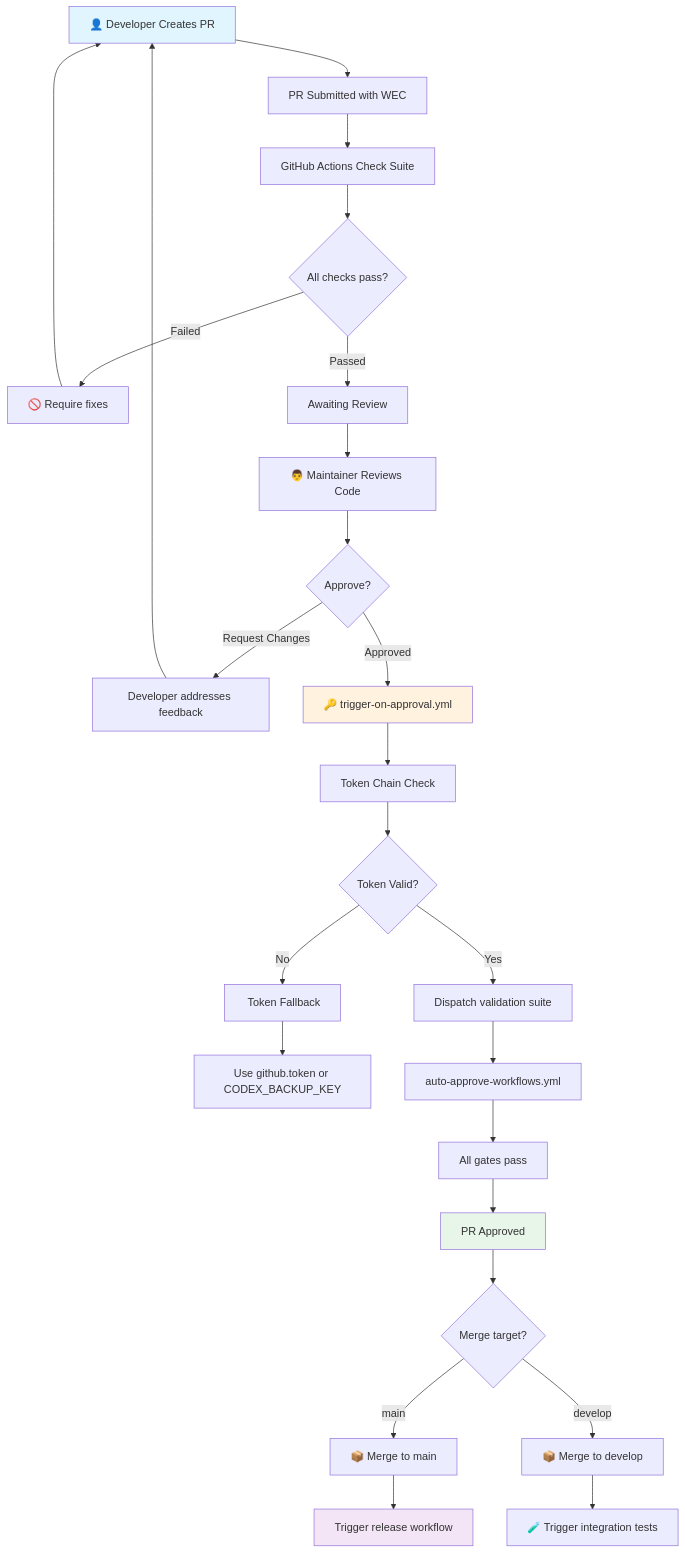
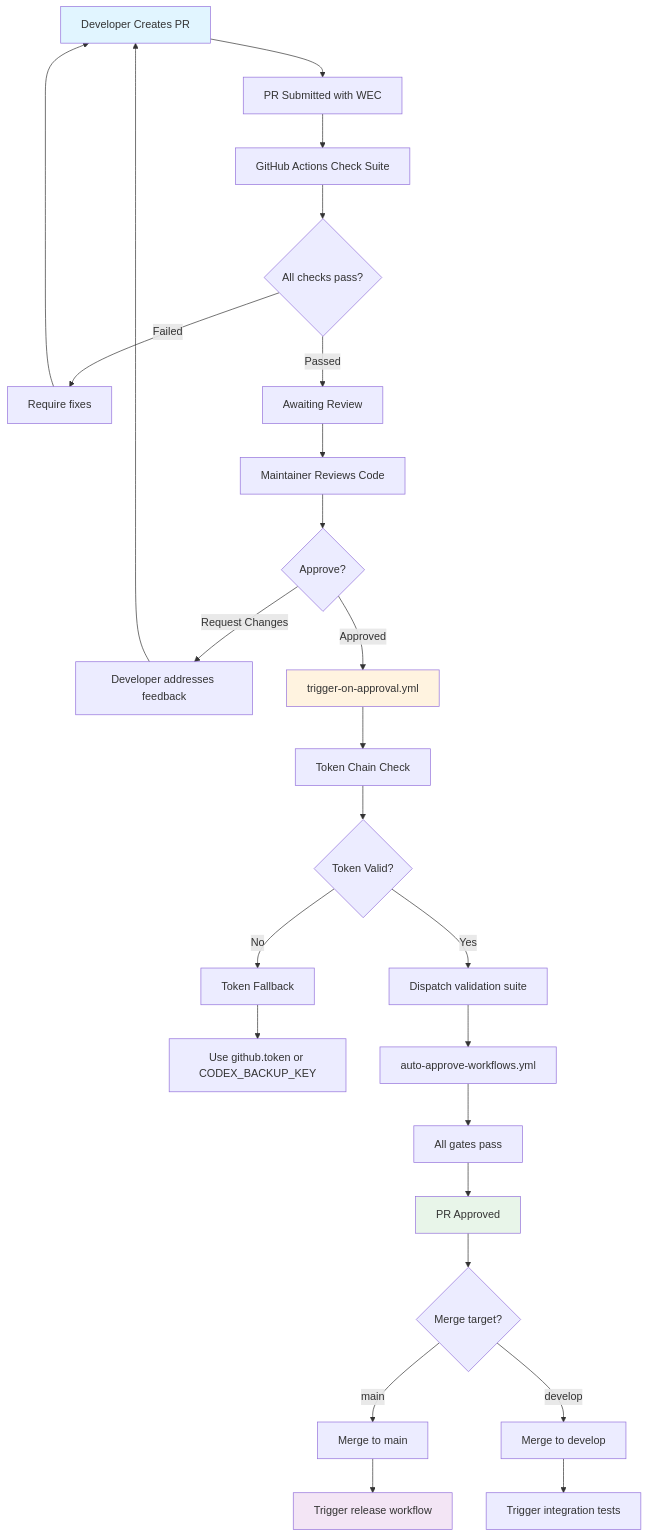
The first of 2 diagrams in docs/security/RBAC_AND_APPROVAL_CHAINS.md (Aries-Serpent/_codex_), drawn with Mermaid before and after one commit. The commit also changed other lines of this file and 4117 other files, not shown here.

````diff
--- a/docs/security/RBAC_AND_APPROVAL_CHAINS.md
+++ b/docs/security/RBAC_AND_APPROVAL_CHAINS.md
@@ -168,40 +168,56 @@
 ```mermaid
 graph TD
-    A["👤 Developer Creates PR"] --> B[" PR Submitted with WEC"]
-    B --> C[" GitHub Actions Check Suite"]
-    C --> D{All checks pass?}
-    
-    D -->| Failed| E["🚫 Require fixes"]
-    E --> A
-    
-    D -->| Passed| F[" Awaiting Review"]
-    F --> G["👨‍ Maintainer Reviews Code"]
-    G --> H{Approve?}
-    
-    H -->| Request Changes| I[" Developer addresses feedback"]
-    I --> A
-    
-    H -->| Approved| J["🔑 trigger-on-approval.yml"]
-    J --> K[" Token Chain Check"]
-    K --> L{Token Valid?}
-    
-    L -->| No| M["️ Token Fallback"]
-    M --> N[" Use github.token or CODEX_BACKUP_KEY"]
-    
-    L -->| Yes| O[" Dispatch validation suite"]
-    O --> P["auto-approve-workflows.yml"]
-    P --> Q[" All gates pass"]
-    Q --> R[" PR Approved"]
-    R --> S{Merge target?}
-    
-    S -->|main| T["📦 Merge to main"]
-    T --> U[" Trigger release workflow"]
-    
-    S -->|develop| V["📦 Merge to develop"]
-    V --> W["🧪 Trigger integration tests"]
-    
-    style A fill:#e1f5ff
-    style J fill:#fff3e0
-    style R fill:#e8f5e9
-    style U fill:#f3e5f5
+
+ A[" Developer Creates PR"] --> B[" PR Submitted with WEC"]
+
+ B --> C[" GitHub Actions Check Suite"]
+
+ C --> D{All checks pass?}
+ 
+ D -->| Failed| E[" Require fixes"]
+
+ E --> A
+ 
+ D -->| Passed| F[" Awaiting Review"]
+
+ F --> G[" Maintainer Reviews Code"]
+
+ G --> H{Approve?}
+ 
+ H -->| Request Changes| I[" Developer addresses feedback"]
+
+ I --> A
+ 
+ H -->| Approved| J[" trigger-on-approval.yml"]
+
+ J --> K[" Token Chain Check"]
+
+ K --> L{Token Valid?}
+ 
+ L -->| No| M[" Token Fallback"]
+
+ M --> N[" Use github.token or CODEX_BACKUP_KEY"]
+ 
+ L -->| Yes| O[" Dispatch validation suite"]
+
+ O --> P["auto-approve-workflows.yml"]
+
+ P --> Q[" All gates pass"]
+
+ Q --> R[" PR Approved"]
+
+ R --> S{Merge target?}
+ 
+ S -->|main| T[" Merge to main"]
+
+ T --> U[" Trigger release workflow"]
+ 
+ S -->|develop| V[" Merge to develop"]
+
+ V --> W[" Trigger integration tests"]
+ 
+ style A fill:#e1f5ff
+ style J fill:#fff3e0
+ style R fill:#e8f5e9
+ style U fill:#f3e5f5
 ```
````
